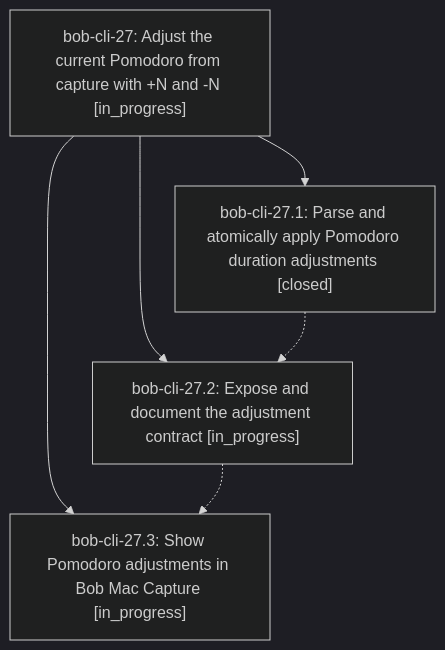
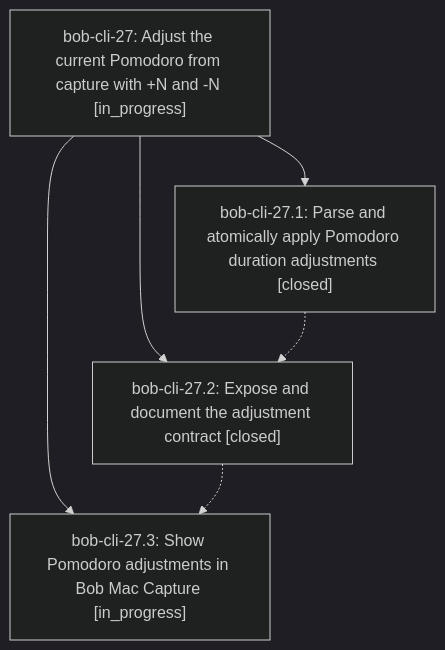
Before and after one commit to bobs-org/bob-cli--beads: the diagram in pages/bob-cli-27/README.md, drawn with Mermaid (dark theme). The commit also changed other lines of this file and 3 other files, not shown here.

First line of the commit message:
chore(beads): sync bead state and pages for bob-cli-27

````diff
--- a/pages/bob-cli-27/README.md
+++ b/pages/bob-cli-27/README.md
@@ -24,12 +24,12 @@
 ```mermaid
 flowchart TD
     n0["bob-cli-27: Adjust the current Pomodoro from capture with +N and -N [in_progress]"]
     n1["bob-cli-27.1: Parse and atomically apply Pomodoro duration adjustments [closed]"]
-    n2["bob-cli-27.2: Expose and document the adjustment contract [in_progress]"]
+    n2["bob-cli-27.2: Expose and document the adjustment contract [closed]"]
     n3["bob-cli-27.3: Show Pomodoro adjustments in Bob Mac Capture [in_progress]"]
     n0 --> n1
     n0 --> n2
     n0 --> n3
     n1 -.-> n2
     n2 -.-> n3
 ```
````
